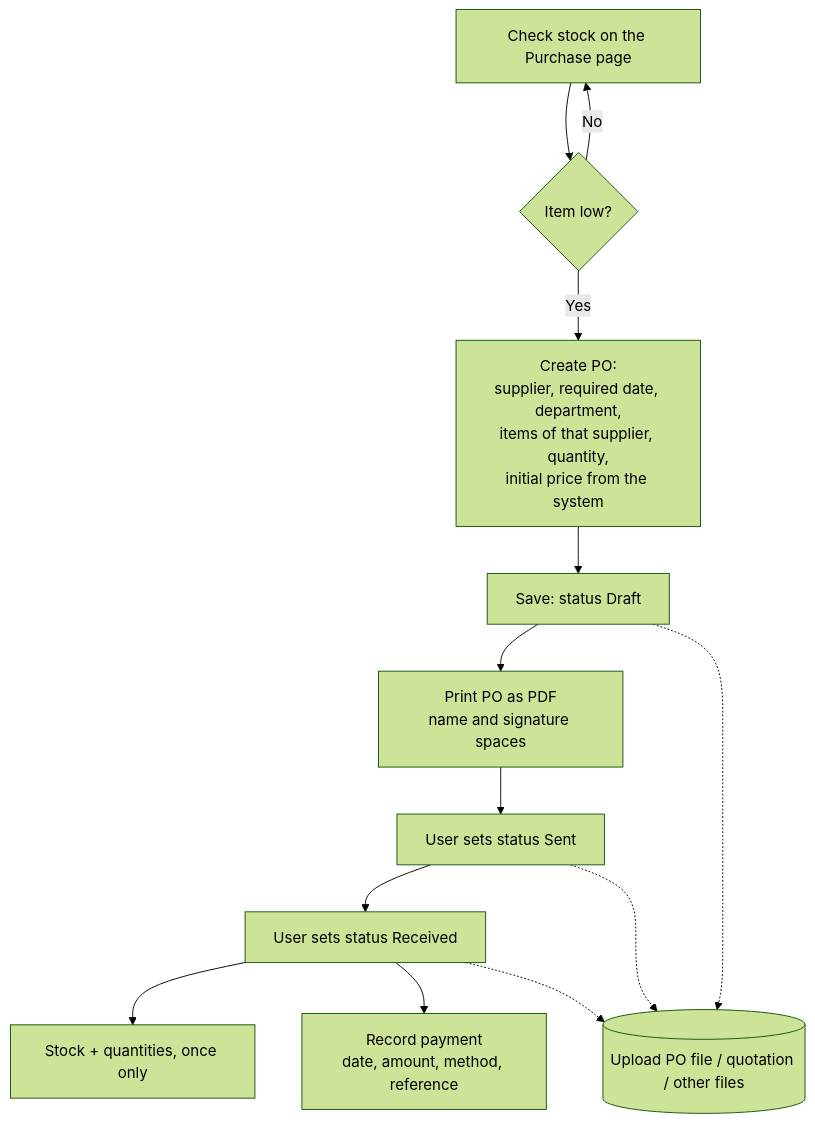
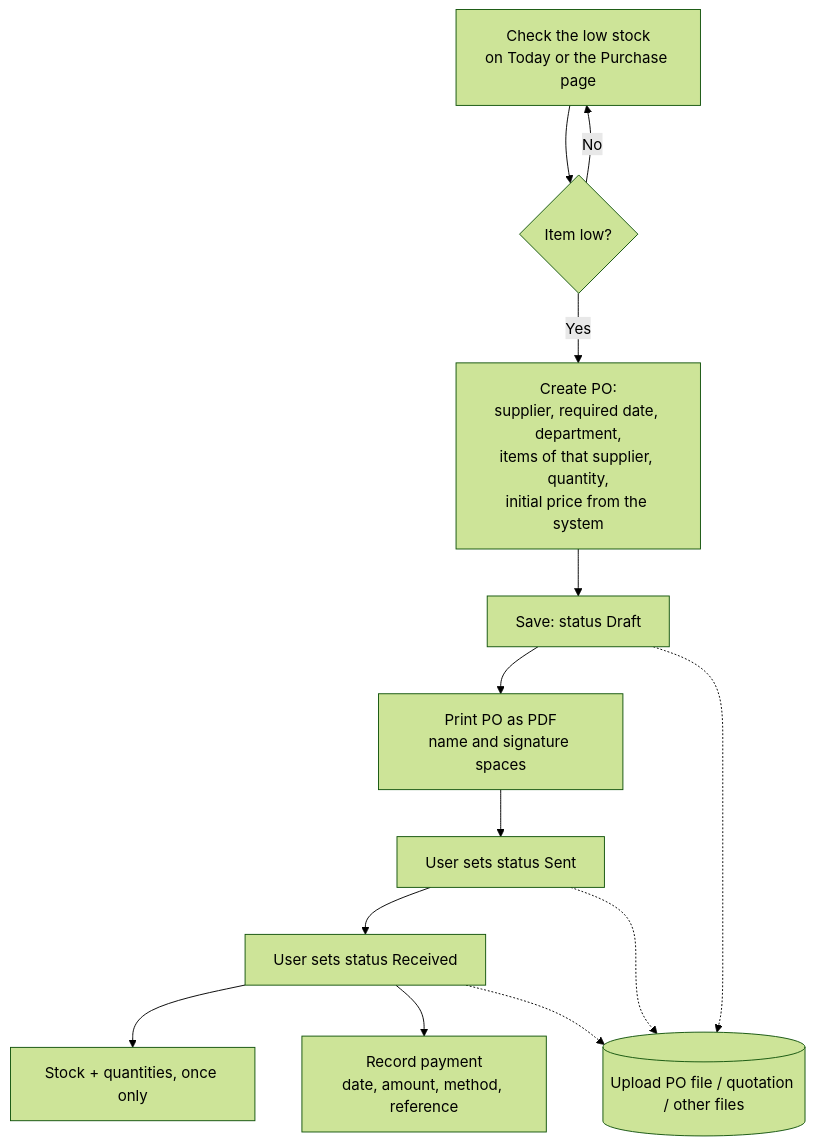
Before and after one commit to Detmon0410/Base_Sample_ERP: the second of 9 diagrams in ProjectdocInfo/Flow Chart.md, drawn with Mermaid (forest theme). The commit also changed 11 other files, not shown here.

Commit message:
Docs: the diagrams, the API notes and the README follow the one-page Sales and Accounting, and Today

````diff
--- a/ProjectdocInfo/Flow Chart.md
+++ b/ProjectdocInfo/Flow Chart.md
@@ -28,15 +28,15 @@
 ```mermaid
 flowchart TD
-    S1[Check stock on the Purchase page] --> S2{Item low?}
+    S1[Check the low stock<br/>on Today or the Purchase page] --> S2{Item low?}
     S2 -- No --> S1
     S2 -- Yes --> S3[Create PO:<br/>supplier, required date, department,<br/>items of that supplier, quantity,<br/>initial price from the system]
     S3 --> S4[Save: status Draft]
     S4 --> S5[Print PO as PDF<br/>name and signature spaces]
     S5 --> S6[User sets status Sent]
     S6 --> S7[User sets status Received]
     S7 --> S8[Stock + quantities, once only]
     S7 --> S9[Record payment<br/>date, amount, method, reference]
     S4 -.-> S10[(Upload PO file / quotation / other files)]
     S6 -.-> S10
     S7 -.-> S10
 ```
````
